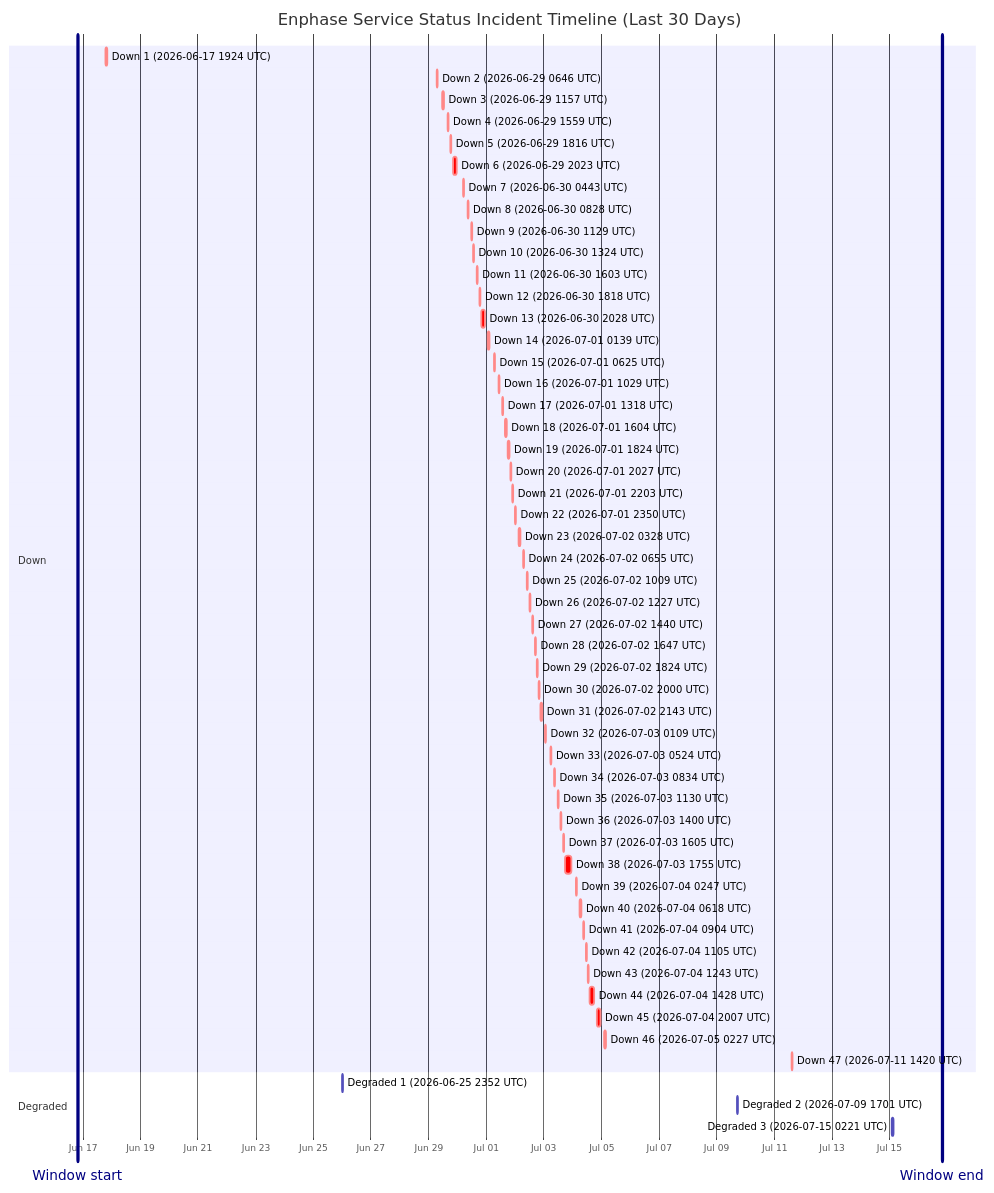
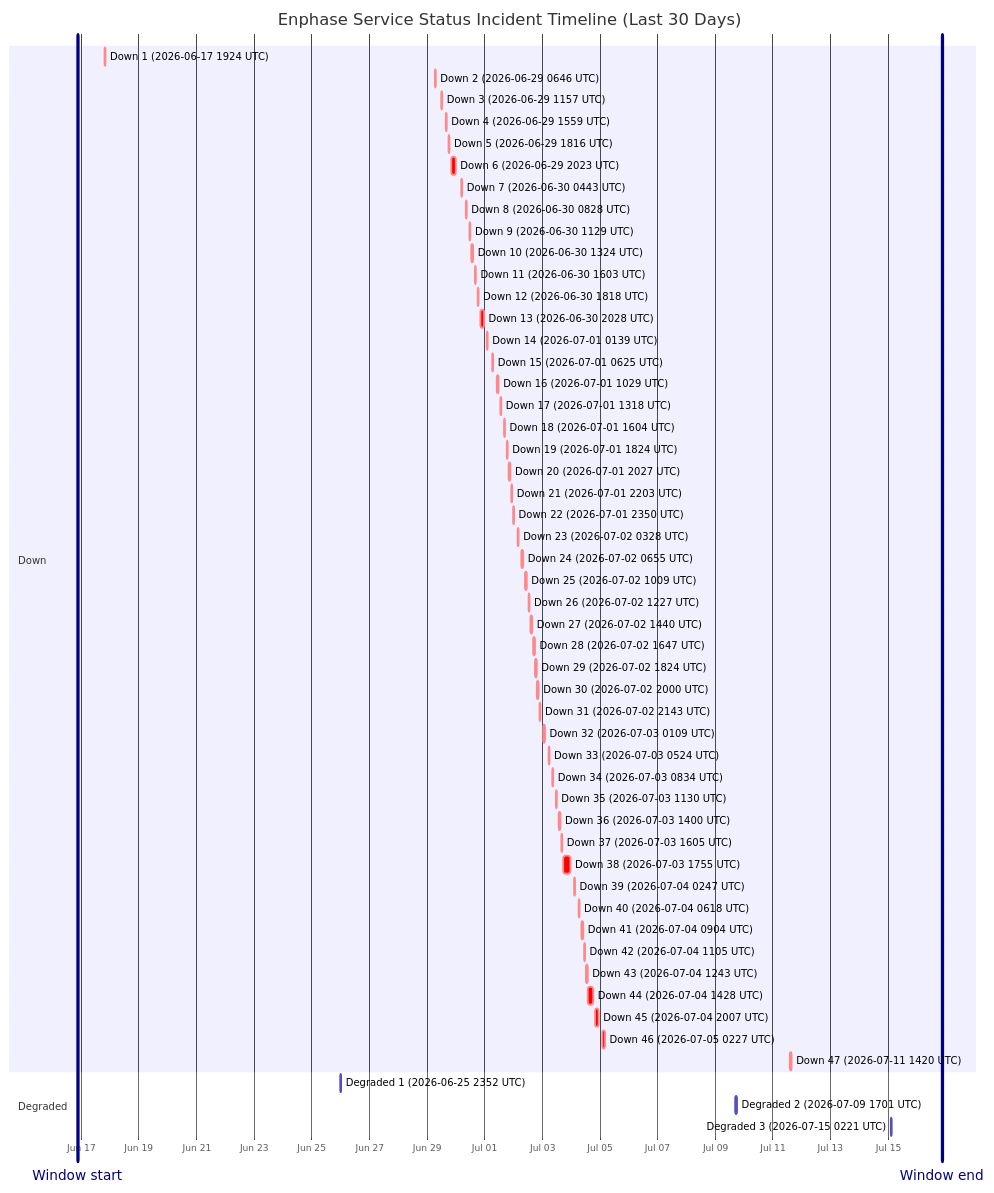
The diagram in wiki/Service-Status-History.md (barneyonline/ha-enphase-energy), drawn with Mermaid before and after one commit. The commit also changed other lines of this file and 3 other files, not shown here.

````diff
--- a/wiki/Service-Status-History.md
+++ b/wiki/Service-Status-History.md
@@ -14,60 +14,60 @@
 ```mermaid
 gantt
     title Enphase Service Status Incident Timeline (Last 30 Days)
     dateFormat  YYYY-MM-DDTHH:mm:ss
     axisFormat  %b %d
-    Window start :vert, window-start, 2026-06-16T19:40:26, 0ms
-    Window end :vert, window-end, 2026-07-16T19:40:26, 0ms
+    Window start :vert, window-start, 2026-06-16T20:55:19, 0ms
+    Window end :vert, window-end, 2026-07-16T20:55:19, 0ms
     section Down
     Down 1 (2026-06-17 1924 UTC) :crit, down-1, 2026-06-17T19:24:51, 60m
     Down 2 (2026-06-29 0646 UTC) :crit, down-2, 2026-06-29T06:46:18, 60m
     Down 3 (2026-06-29 1157 UTC) :crit, down-3, 2026-06-29T11:57:36, 60m
     Down 4 (2026-06-29 1559 UTC) :crit, down-4, 2026-06-29T15:59:02, 60m
     Down 5 (2026-06-29 1816 UTC) :crit, down-5, 2026-06-29T18:16:38, 60m
     Down 6 (2026-06-29 2023 UTC) :crit, down-6, 2026-06-29T20:23:16, 220m
     Down 7 (2026-06-30 0443 UTC) :crit, down-7, 2026-06-30T04:43:54, 60m
     Down 8 (2026-06-30 0828 UTC) :crit, down-8, 2026-06-30T08:28:43, 60m
     Down 9 (2026-06-30 1129 UTC) :crit, down-9, 2026-06-30T11:29:15, 60m
     Down 10 (2026-06-30 1324 UTC) :crit, down-10, 2026-06-30T13:24:25, 60m
     Down 11 (2026-06-30 1603 UTC) :crit, down-11, 2026-06-30T16:03:26, 60m
     Down 12 (2026-06-30 1818 UTC) :crit, down-12, 2026-06-30T18:18:39, 60m
     Down 13 (2026-06-30 2028 UTC) :crit, down-13, 2026-06-30T20:28:54, 171m
     Down 14 (2026-07-01 0139 UTC) :crit, down-14, 2026-07-01T01:39:18, 60m
     Down 15 (2026-07-01 0625 UTC) :crit, down-15, 2026-07-01T06:25:35, 60m
     Down 16 (2026-07-01 1029 UTC) :crit, down-16, 2026-07-01T10:29:24, 60m
     Down 17 (2026-07-01 1318 UTC) :crit, down-17, 2026-07-01T13:18:31, 60m
     Down 18 (2026-07-01 1604 UTC) :crit, down-18, 2026-07-01T16:04:29, 60m
     Down 19 (2026-07-01 1824 UTC) :crit, down-19, 2026-07-01T18:24:21, 60m
     Down 20 (2026-07-01 2027 UTC) :crit, down-20, 2026-07-01T20:27:17, 60m
     Down 21 (2026-07-01 2203 UTC) :crit, down-21, 2026-07-01T22:03:46, 60m
     Down 22 (2026-07-01 2350 UTC) :crit, down-22, 2026-07-01T23:50:52, 60m
     Down 23 (2026-07-02 0328 UTC) :crit, down-23, 2026-07-02T03:28:33, 60m
     Down 24 (2026-07-02 0655 UTC) :crit, down-24, 2026-07-02T06:55:07, 60m
     Down 25 (2026-07-02 1009 UTC) :crit, down-25, 2026-07-02T10:09:15, 60m
     Down 26 (2026-07-02 1227 UTC) :crit, down-26, 2026-07-02T12:27:49, 60m
     Down 27 (2026-07-02 1440 UTC) :crit, down-27, 2026-07-02T14:40:53, 60m
     Down 28 (2026-07-02 1647 UTC) :crit, down-28, 2026-07-02T16:47:47, 60m
     Down 29 (2026-07-02 1824 UTC) :crit, down-29, 2026-07-02T18:24:26, 60m
     Down 30 (2026-07-02 2000 UTC) :crit, down-30, 2026-07-02T20:00:57, 60m
     Down 31 (2026-07-02 2143 UTC) :crit, down-31, 2026-07-02T21:43:52, 80m
     Down 32 (2026-07-03 0109 UTC) :crit, down-32, 2026-07-03T01:09:19, 60m
     Down 33 (2026-07-03 0524 UTC) :crit, down-33, 2026-07-03T05:24:23, 60m
     Down 34 (2026-07-03 0834 UTC) :crit, down-34, 2026-07-03T08:34:05, 60m
     Down 35 (2026-07-03 1130 UTC) :crit, down-35, 2026-07-03T11:30:41, 60m
     Down 36 (2026-07-03 1400 UTC) :crit, down-36, 2026-07-03T14:00:48, 60m
     Down 37 (2026-07-03 1605 UTC) :crit, down-37, 2026-07-03T16:05:49, 60m
     Down 38 (2026-07-03 1755 UTC) :crit, down-38, 2026-07-03T17:55:54, 338m
     Down 39 (2026-07-04 0247 UTC) :crit, down-39, 2026-07-04T02:47:22, 60m
     Down 40 (2026-07-04 0618 UTC) :crit, down-40, 2026-07-04T06:18:09, 60m
     Down 41 (2026-07-04 0904 UTC) :crit, down-41, 2026-07-04T09:04:41, 60m
     Down 42 (2026-07-04 1105 UTC) :crit, down-42, 2026-07-04T11:05:21, 60m
     Down 43 (2026-07-04 1243 UTC) :crit, down-43, 2026-07-04T12:43:25, 60m
     Down 44 (2026-07-04 1428 UTC) :crit, down-44, 2026-07-04T14:28:07, 243m
     Down 45 (2026-07-04 2007 UTC) :crit, down-45, 2026-07-04T20:07:50, 206m
     Down 46 (2026-07-05 0227 UTC) :crit, down-46, 2026-07-05T02:27:32, 109m
     Down 47 (2026-07-11 1420 UTC) :crit, down-47, 2026-07-11T14:20:54, 69m
     section Degraded
     Degraded 1 (2026-06-25 2352 UTC) :active, degraded-1, 2026-06-25T23:52:01, 60m
     Degraded 2 (2026-07-09 1701 UTC) :active, degraded-2, 2026-07-09T17:01:02, 60m
     Degraded 3 (2026-07-15 0221 UTC) :active, degraded-3, 2026-07-15T02:21:35, 60m
 ```
````
